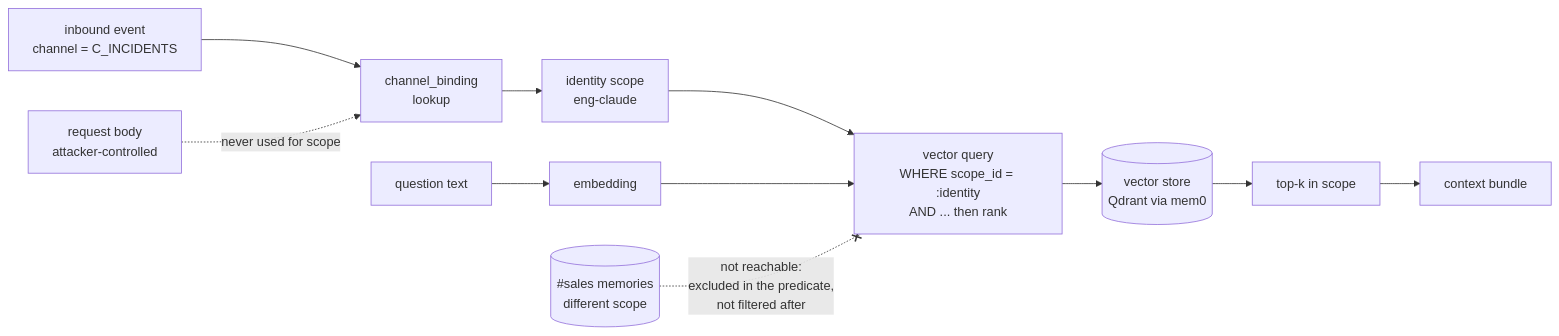
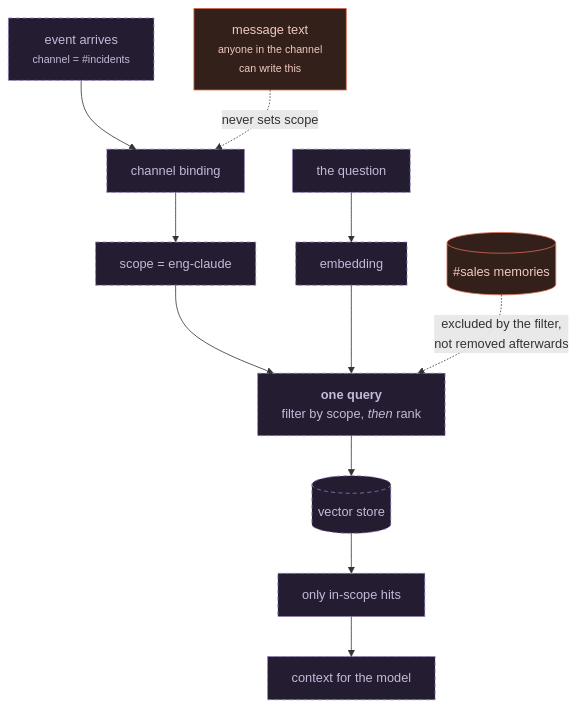
Before and after one commit to rppol/claude-tag-poc: the diagram in docs/diagrams/memory.mmd, drawn with Mermaid. The commit also changed 12 other files, not shown here.

```diff
--- a/docs/diagrams/memory.mmd
+++ b/docs/diagrams/memory.mmd
@@ -1,11 +1,16 @@
-flowchart LR
-  EV["inbound event<br/>channel = C_INCIDENTS"] --> BIND["channel_binding<br/>lookup"]
-  BIND --> SCOPE["identity scope<br/>eng-claude"]
-  REQ["request body<br/>attacker-controlled"] -. "never used for scope" .-> BIND
+flowchart TB
+  EV["event arrives<br/><small>channel = #incidents</small>"] --> BIND["channel binding"]
+  BIND --> SCOPE["scope = eng-claude"]
+  BODY["message text<br/><small>anyone in the channel<br/>can write this</small>"] -.->|"never sets scope"| BIND
 
-  SCOPE --> Q["vector query<br/>WHERE scope_id = :identity<br/>AND ... then rank"]
-  TXT["question text"] --> EMB["embedding"] --> Q
-  Q --> VS[("vector store<br/>Qdrant via mem0")]
-  VS --> TOPK["top-k in scope"] --> CTX["context bundle"]
+  SCOPE --> Q["<b>one query</b><br/>filter by scope, <i>then</i> rank"]
+  ASK["the question"] --> EMB["embedding"] --> Q
+  Q --> VS[("vector store")]
+  VS --> HITS["only in-scope hits"] --> CTX["context for the model"]
 
-  OTHER[("#sales memories<br/>different scope")] -. "not reachable:<br/>excluded in the predicate,<br/>not filtered after" .-x Q
+  SALES[("#sales memories")] -.->|"excluded by the filter,<br/>not removed afterwards"| Q
+
+  classDef design stroke:#9578C4,fill:#241D31,color:#C6B9D9,stroke-dasharray:5 4
+  classDef danger stroke:#DB6A50,fill:#33201B,color:#F0C9BE
+  class EV,BIND,SCOPE,Q,ASK,EMB,VS,HITS,CTX design
+  class BODY,SALES danger
```
